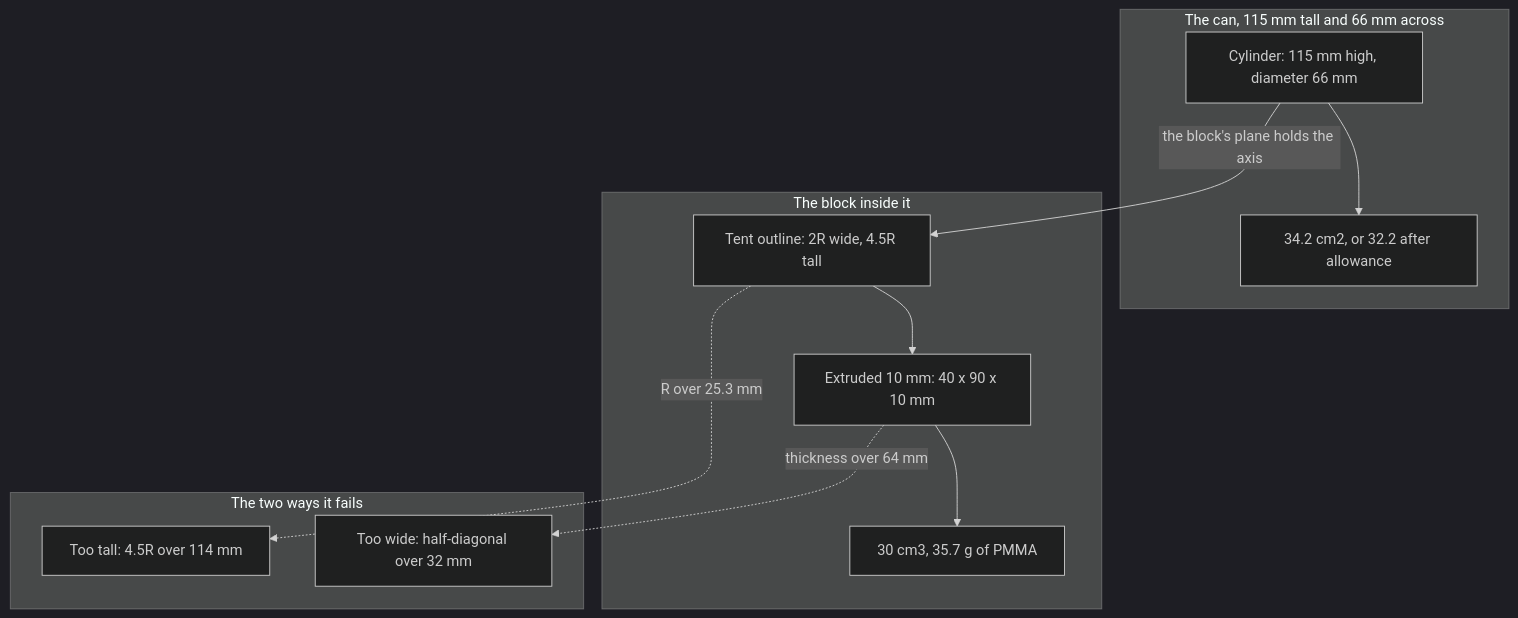
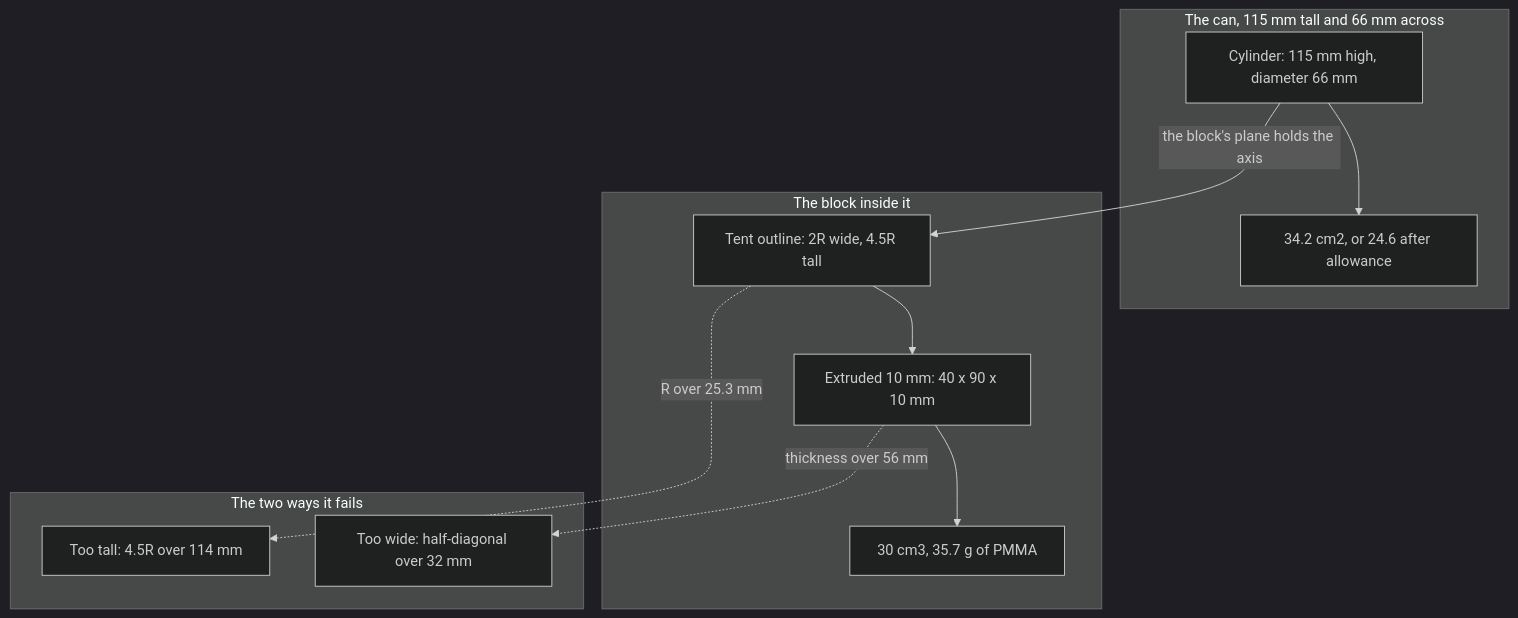
Before and after one commit to oskuhansson/CanLab: the second of 2 diagrams in docs/muon/designs.md, drawn with Mermaid (dark theme). The commit also changed other lines of this file and 16 other files, not shown here.

````diff
--- a/docs/muon/designs.md
+++ b/docs/muon/designs.md
@@ -295,22 +295,22 @@
 ```mermaid
 flowchart TB
     subgraph G_CAN["The can, 115 mm tall and 66 mm across"]
         CAN["Cylinder: 115 mm high, diameter 66 mm"]
-        CIRCLE["34.2 cm2, or 32.2 after allowance"]
+        CIRCLE["34.2 cm2, or 24.6 after allowance"]
     end
     subgraph G_BLOCK["The block inside it"]
         TENT["Tent outline: 2R wide, 4.5R tall"]
         DEPTH["Extruded 10 mm: 40 x 90 x 10 mm"]
         MASS["30 cm3, 35.7 g of PMMA"]
     end
     subgraph G_CHECK["The two ways it fails"]
         TALL["Too tall: 4.5R over 114 mm"]
         WIDE["Too wide: half-diagonal over 32 mm"]
     end
     CAN --> CIRCLE
     CAN -->|"the block's plane holds the axis"| TENT
     TENT --> DEPTH
     DEPTH --> MASS
     TENT -.->|"R over 25.3 mm"| TALL
-    DEPTH -.->|"thickness over 64 mm"| WIDE
+    DEPTH -.->|"thickness over 56 mm"| WIDE
 ```
````
